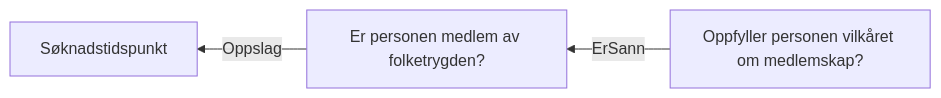
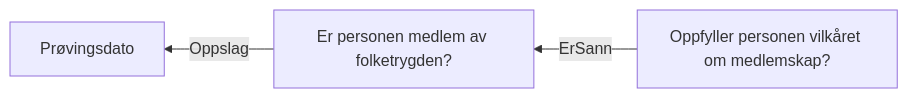
Before and after one commit to navikt/dp-vedtak: the diagram in docs/regler/§ 4-2. Medlemskap.approved.md, drawn with Mermaid. The commit also changed 41 other files, not shown here.

Commit message:
Bytt ut søknadstidspunkt med prøvingsdato i reglene

````diff
--- a/docs/regler/§ 4-2. Medlemskap.approved.md
+++ b/docs/regler/§ 4-2. Medlemskap.approved.md
@@ -5,5 +5,5 @@
 ```mermaid
 graph RL
-  A["Er personen medlem av folketrygden?"] -->|"Oppslag"| B["Søknadstidspunkt"]
+  A["Er personen medlem av folketrygden?"] -->|"Oppslag"| B["Prøvingsdato"]
   C["Oppfyller personen vilkåret om medlemskap?"] -->|"ErSann"| A["Er personen medlem av folketrygden?"]
 ```
````
